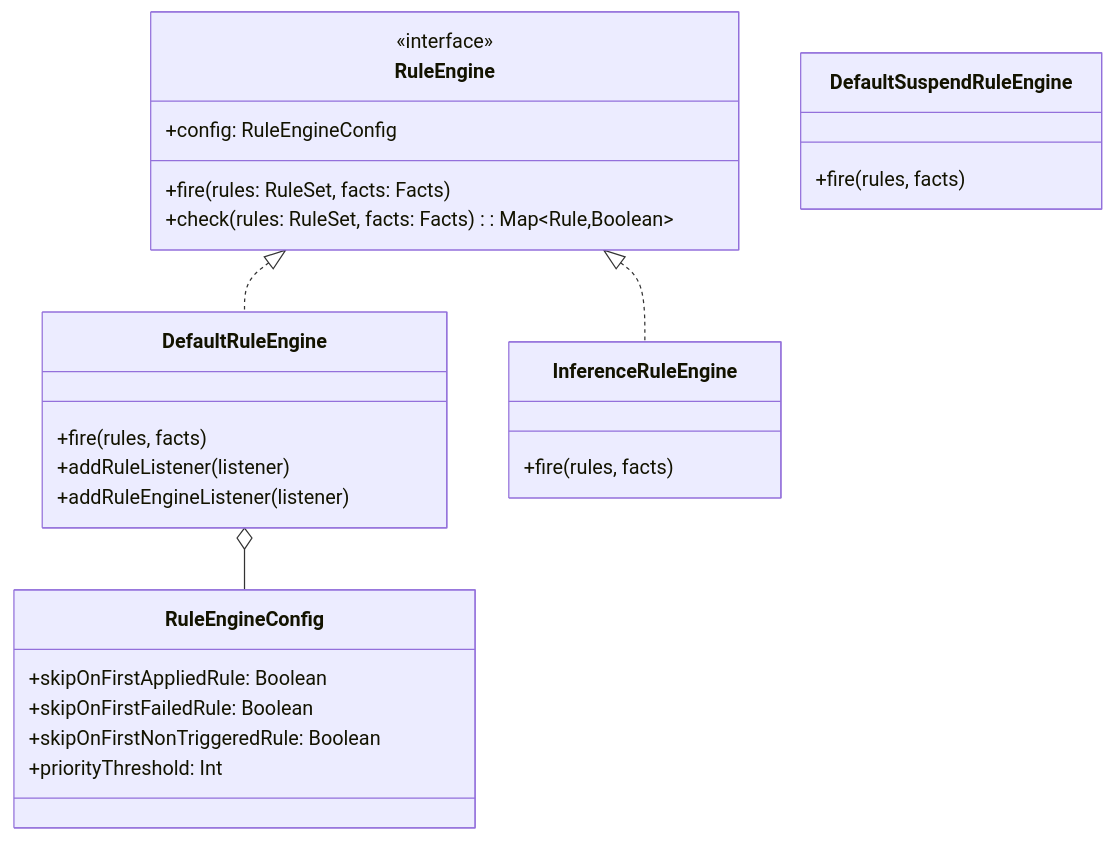
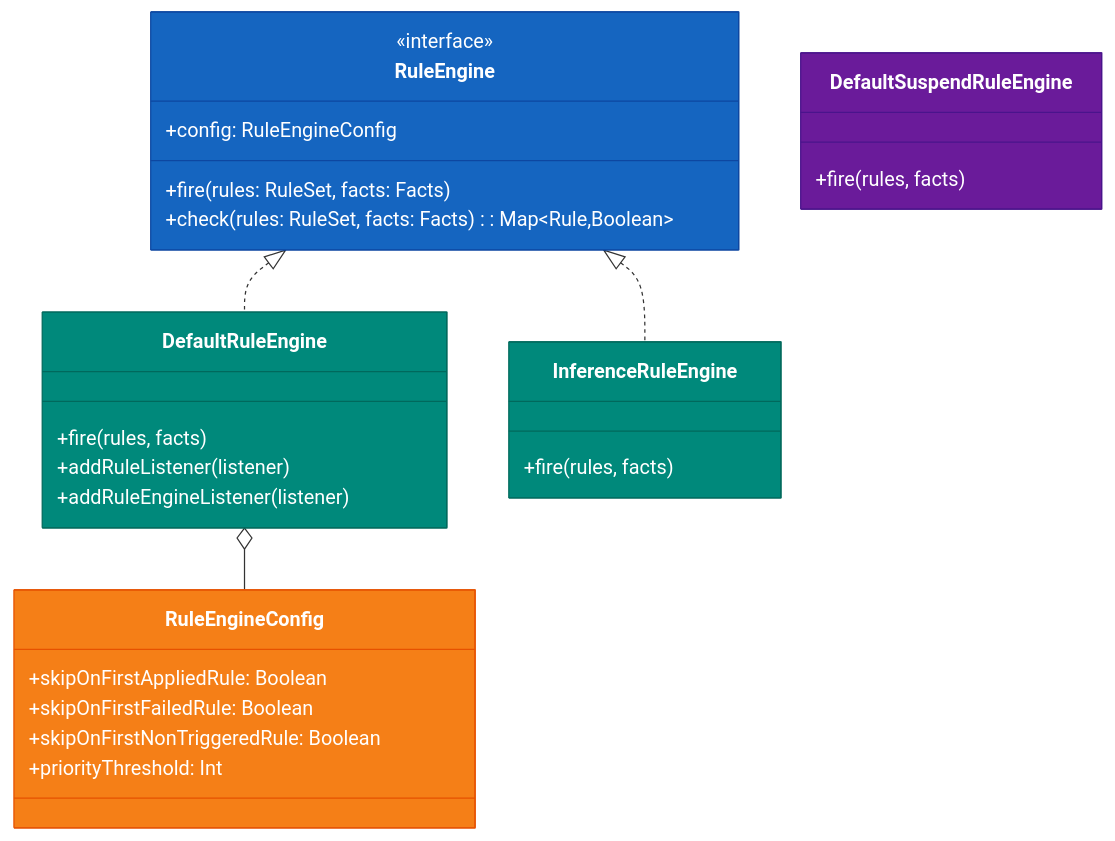
The third of 8 diagrams in utils/rule-engine/README.md (bluetape4k/bluetape4k-projects), drawn with Mermaid before and after one commit. The commit also changed other lines of this file and 221 other files, not shown here.

First line of the commit message:
docs: 전체 모듈 README UML 다이어그램 보강 및 색상 업그레이드

````diff
--- a/utils/rule-engine/README.md
+++ b/utils/rule-engine/README.md
@@ -107,34 +125,40 @@
 ```mermaid
 classDiagram
     class RuleEngine {
         <<interface>>
         +config: RuleEngineConfig
         +fire(rules: RuleSet, facts: Facts)
         +check(rules: RuleSet, facts: Facts): Map~Rule,Boolean~
     }
 
     class DefaultRuleEngine {
         +fire(rules, facts)
         +addRuleListener(listener)
         +addRuleEngineListener(listener)
     }
 
     class InferenceRuleEngine {
         +fire(rules, facts)
     }
 
     class DefaultSuspendRuleEngine {
         +fire(rules, facts)
     }
 
     class RuleEngineConfig {
         +skipOnFirstAppliedRule: Boolean
         +skipOnFirstFailedRule: Boolean
         +skipOnFirstNonTriggeredRule: Boolean
         +priorityThreshold: Int
     }
 
     RuleEngine <|.. DefaultRuleEngine
     RuleEngine <|.. InferenceRuleEngine
     DefaultRuleEngine o-- RuleEngineConfig
+
+    style RuleEngine fill:#1565C0,stroke:#0D47A1,color:#FFFFFF
+    style DefaultRuleEngine fill:#00897B,stroke:#00695C,color:#FFFFFF
+    style InferenceRuleEngine fill:#00897B,stroke:#00695C,color:#FFFFFF
+    style DefaultSuspendRuleEngine fill:#6A1B9A,stroke:#4A148C,color:#FFFFFF
+    style RuleEngineConfig fill:#F57F17,stroke:#E65100,color:#FFFFFF
 ```
````
